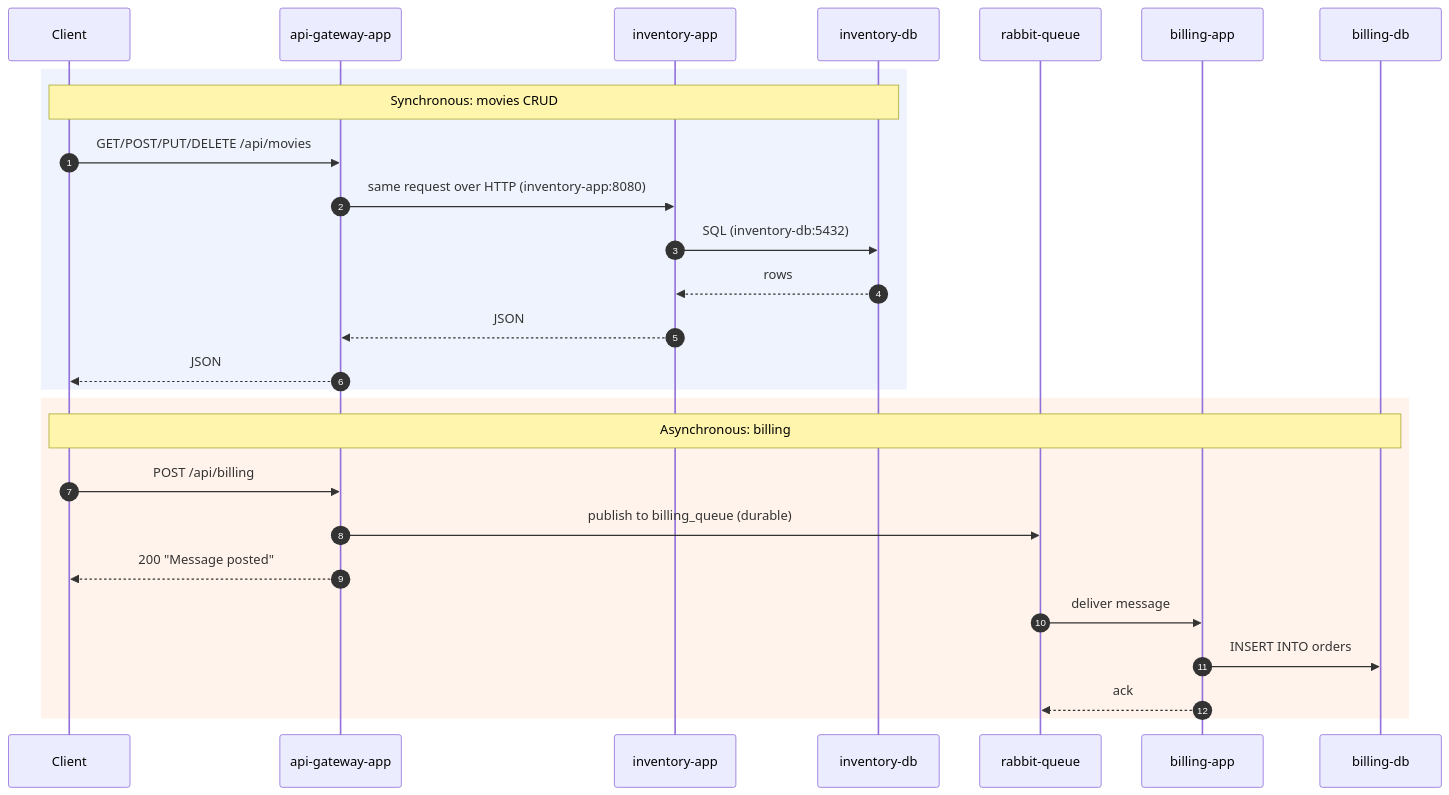
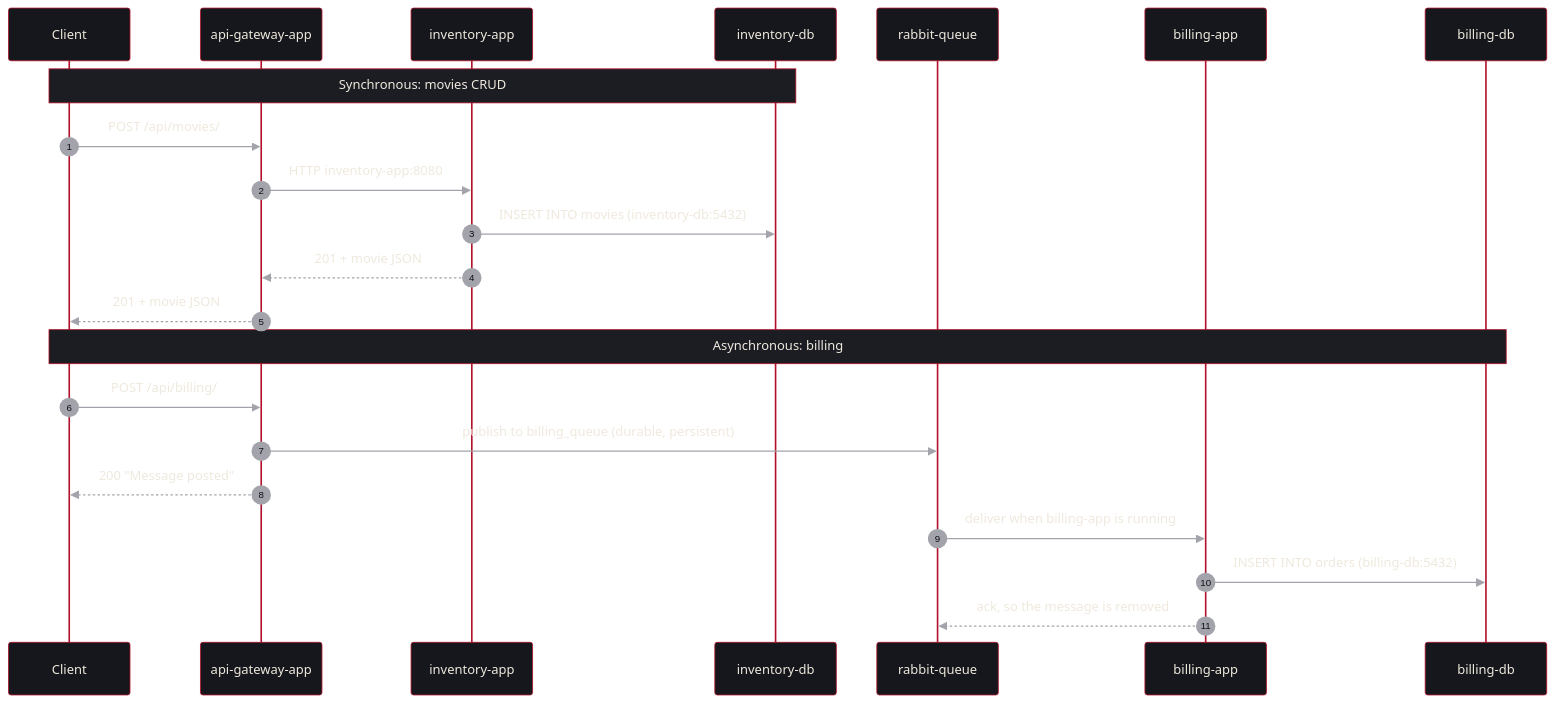
One commit to Alasmawi/orchestrator changed the first of 3 diagrams in README.md. Above: the diagram before and after it, drawn with Mermaid. The commit also changed other lines of this file and 49 other files, not shown here.

First line of the commit message:
Make the audit pass as written; add diagrams and proof of state

````diff
--- a/README.md
+++ b/README.md
@@ -87,31 +39,27 @@
 ```mermaid
+%%{init: {"theme": "base", "themeVariables": {"background": "#0E0F12", "primaryColor": "#15171C", "primaryTextColor": "#EFE9DD", "primaryBorderColor": "#5C5E66", "lineColor": "#A3A4AB", "actorBkg": "#15171C", "actorBorder": "#B0122B", "actorTextColor": "#EFE9DD", "signalColor": "#A3A4AB", "signalTextColor": "#EFE9DD", "labelBoxBkgColor": "#1B1D23", "labelTextColor": "#EFE9DD", "noteBkgColor": "#1B1D23", "noteTextColor": "#EFE9DD", "noteBorderColor": "#B0122B", "sequenceNumberColor": "#0E0F12", "fontFamily": "JetBrains Mono, Menlo, monospace"}}}%%
 sequenceDiagram
     autonumber
     participant C as Client
     participant G as api-gateway-app
     participant I as inventory-app
     participant IDB as inventory-db
     participant Q as rabbit-queue
     participant B as billing-app
     participant BDB as billing-db
 
-    rect rgba(50, 108, 229, 0.08)
-    note over C,IDB: Synchronous: movies CRUD
-    C->>G: GET/POST/PUT/DELETE /api/movies
-    G->>I: same request over HTTP (inventory-app:8080)
-    I->>IDB: SQL (inventory-db:5432)
-    IDB-->>I: rows
-    I-->>G: JSON
-    G-->>C: JSON
-    end
+    Note over C,IDB: Synchronous: movies CRUD
+    C->>G: POST /api/movies/
+    G->>I: HTTP inventory-app:8080
+    I->>IDB: INSERT INTO movies (inventory-db:5432)
+    I-->>G: 201 + movie JSON
+    G-->>C: 201 + movie JSON
 
-    rect rgba(255, 102, 0, 0.08)
-    note over C,BDB: Asynchronous: billing
-    C->>G: POST /api/billing
-    G->>Q: publish to billing_queue (durable)
+    Note over C,BDB: Asynchronous: billing
+    C->>G: POST /api/billing/
+    G->>Q: publish to billing_queue (durable, persistent)
     G-->>C: 200 "Message posted"
-    Q->>B: deliver message
-    B->>BDB: INSERT INTO orders
-    B-->>Q: ack
-    end
+    Q->>B: deliver when billing-app is running
+    B->>BDB: INSERT INTO orders (billing-db:5432)
+    B-->>Q: ack, so the message is removed
 ```
````
